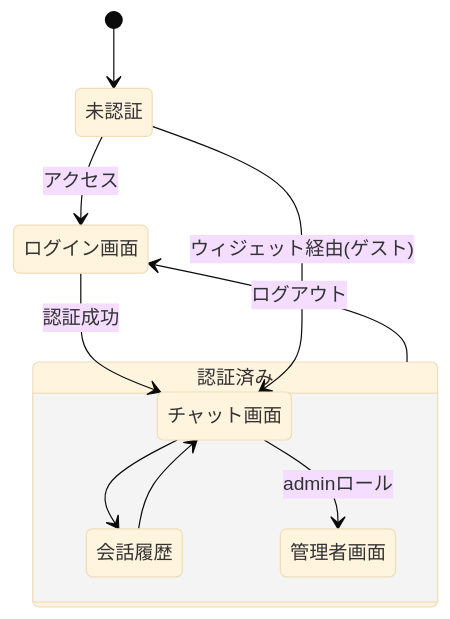
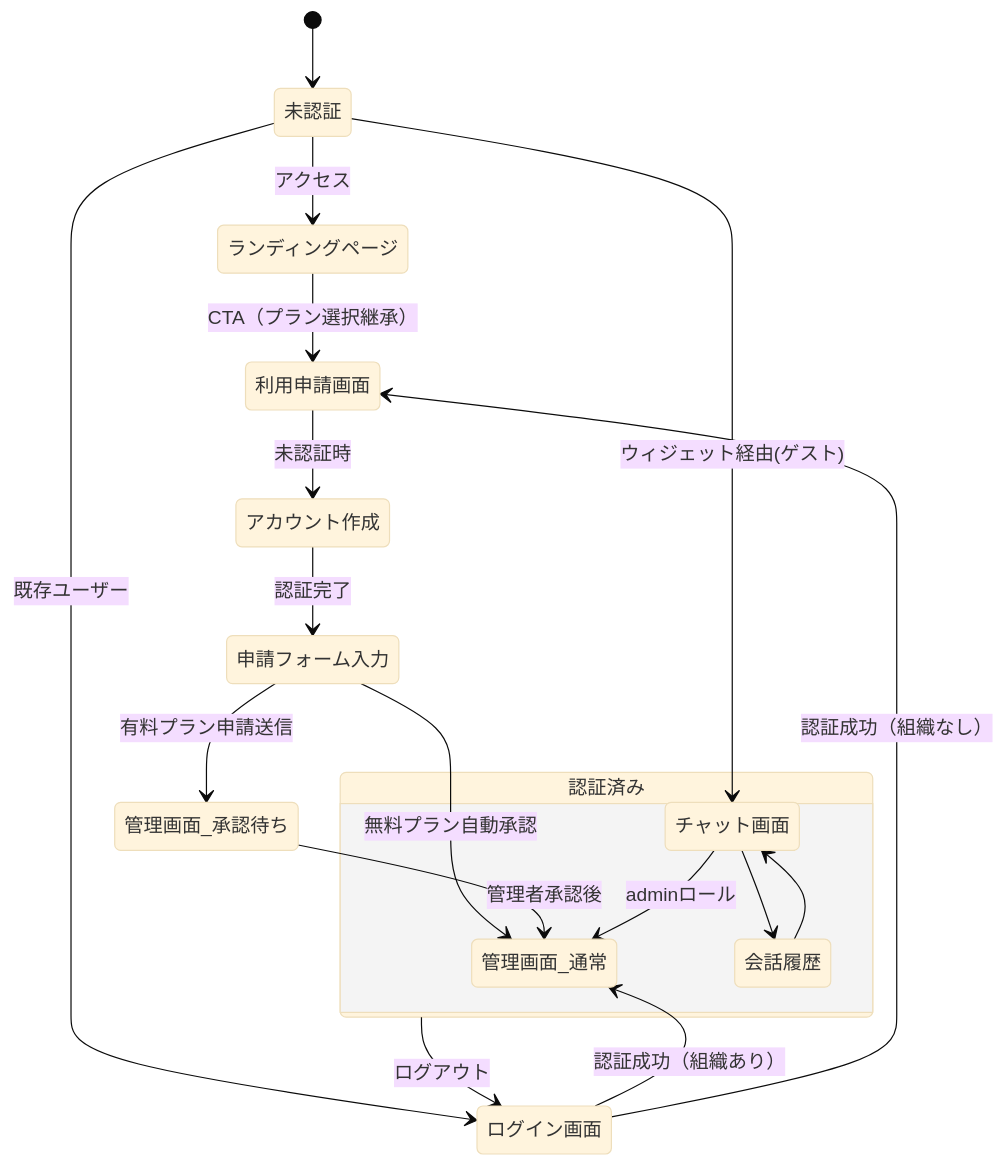
One commit to higepapa-hinaleon/kotonoha changed the second of 9 diagrams in docs/system/screen-design.md. Above: the diagram before and after it, drawn with Mermaid (base theme). The commit also changed other lines of this file and 13 other files, not shown here.

````diff
--- a/docs/system/screen-design.md
+++ b/docs/system/screen-design.md
@@ -87,15 +105,25 @@
 ```mermaid
 stateDiagram-v2
     [*] --> 未認証
-    未認証 --> ログイン画面: アクセス
-    ログイン画面 --> チャット画面: 認証成功
+
+    未認証 --> ランディングページ: アクセス
+    ランディングページ --> 利用申請画面: CTA（プラン選択継承）
+    利用申請画面 --> アカウント作成: 未認証時
+    アカウント作成 --> 申請フォーム入力: 認証完了
+    申請フォーム入力 --> 管理画面_承認待ち: 有料プラン申請送信
+    申請フォーム入力 --> 管理画面_通常: 無料プラン自動承認
+    管理画面_承認待ち --> 管理画面_通常: 管理者承認後
+
+    未認証 --> ログイン画面: 既存ユーザー
+    ログイン画面 --> 管理画面_通常: 認証成功（組織あり）
+    ログイン画面 --> 利用申請画面: 認証成功（組織なし）
     未認証 --> チャット画面: ウィジェット経由(ゲスト)
 
     state 認証済み {
         チャット画面 --> 会話履歴
         会話履歴 --> チャット画面
-        チャット画面 --> 管理者画面: adminロール
+        チャット画面 --> 管理画面_通常: adminロール
     }
 
     認証済み --> ログイン画面: ログアウト
 ```
````
